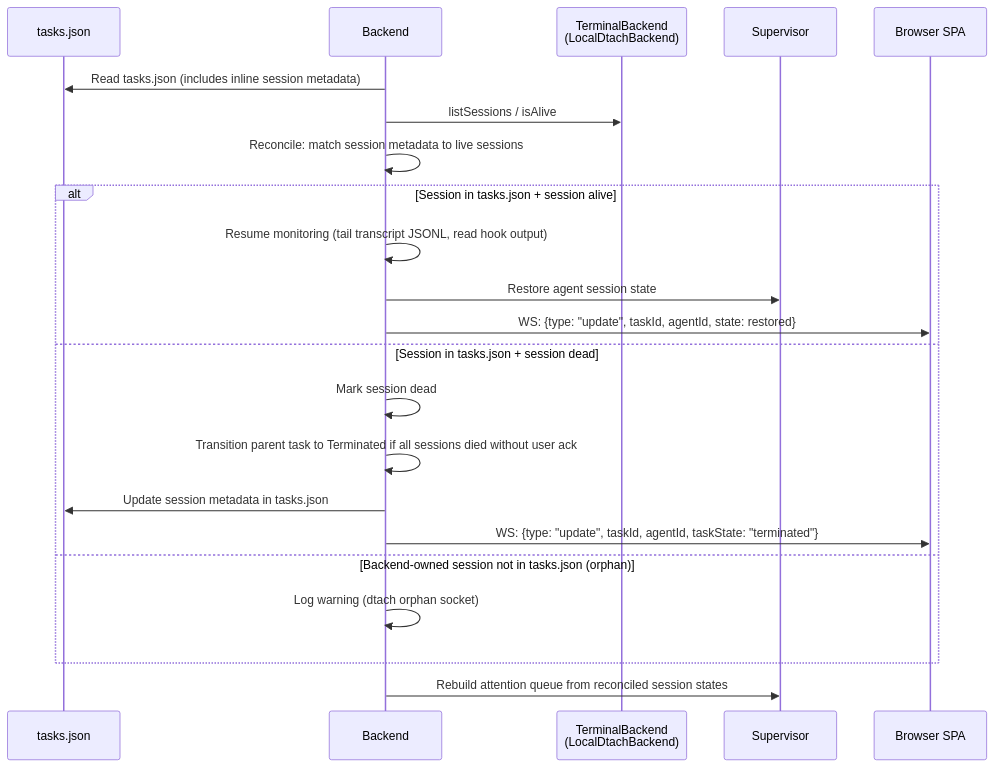
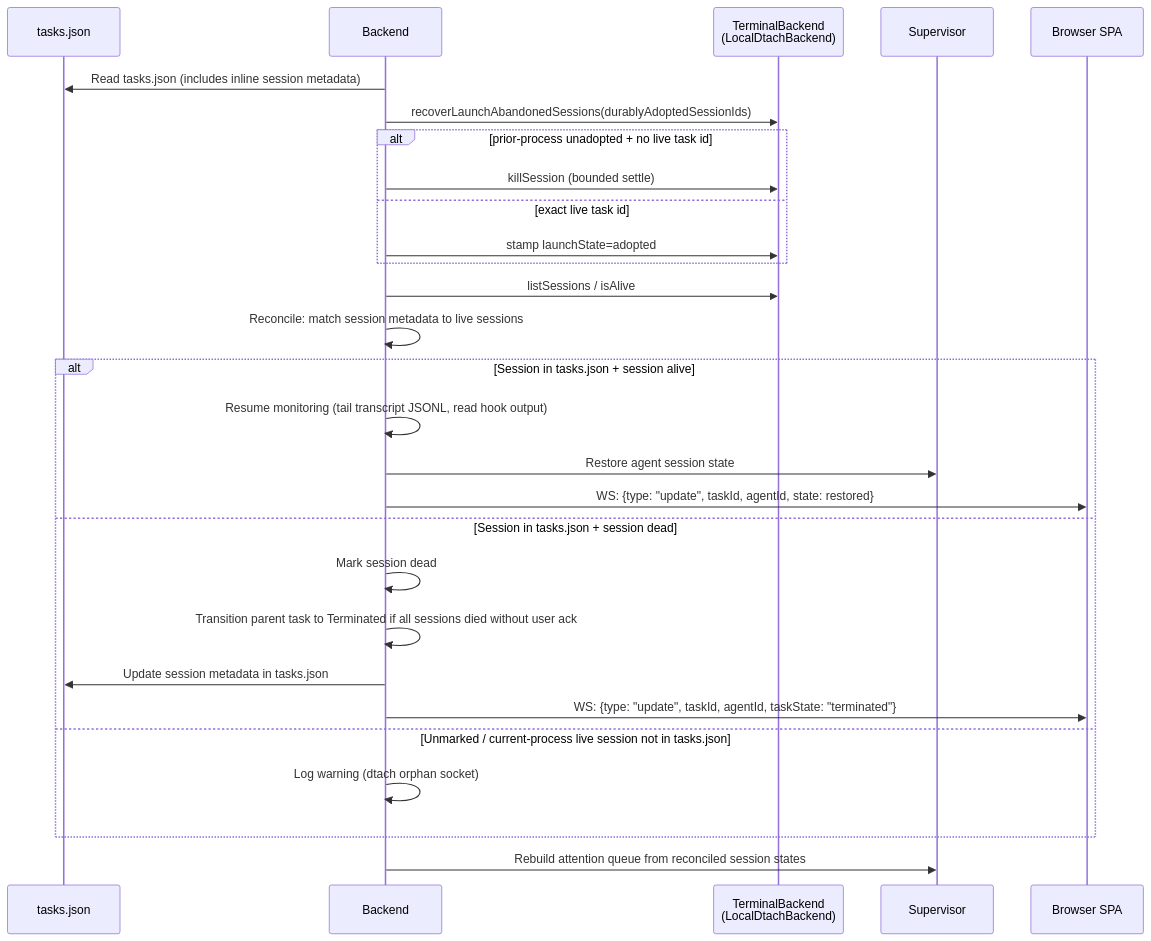
The seventh of 8 diagrams in docs/system-models/04-runtime-interactions.md (kookr-ai/kookr), drawn with Mermaid before and after one commit. The commit also changed 7 other files, not shown here.

First line of the commit message:
docs(launch): record launch-abandoned boot recovery in system models

````diff
--- a/docs/system-models/04-runtime-interactions.md
+++ b/docs/system-models/04-runtime-interactions.md
@@ -183,27 +183,33 @@
 ```mermaid
 sequenceDiagram
   participant FS as tasks.json
   participant BE as Backend
   participant TB as TerminalBackend<br/>(LocalDtachBackend)
   participant Sup as Supervisor
   participant SPA as Browser SPA
 
   BE->>FS: Read tasks.json (includes inline session metadata)
+  BE->>TB: recoverLaunchAbandonedSessions(durablyAdoptedSessionIds)
+  alt prior-process unadopted + no live task id
+    BE->>TB: killSession (bounded settle)
+  else exact live task id
+    BE->>TB: stamp launchState=adopted
+  end
   BE->>TB: listSessions / isAlive
   BE->>BE: Reconcile: match session metadata to live sessions
 
   alt Session in tasks.json + session alive
     BE->>BE: Resume monitoring (tail transcript JSONL, read hook output)
     BE->>Sup: Restore agent session state
     BE->>SPA: WS: {type: "update", taskId, agentId, state: restored}
   else Session in tasks.json + session dead
     BE->>BE: Mark session dead
     BE->>BE: Transition parent task to Terminated if all sessions died without user ack
     BE->>FS: Update session metadata in tasks.json
     BE->>SPA: WS: {type: "update", taskId, agentId, taskState: "terminated"}
-  else Backend-owned session not in tasks.json (orphan)
+  else Unmarked / current-process live session not in tasks.json
     BE->>BE: Log warning (dtach orphan socket)
   end
 
   BE->>Sup: Rebuild attention queue from reconciled session states
 ```
````
